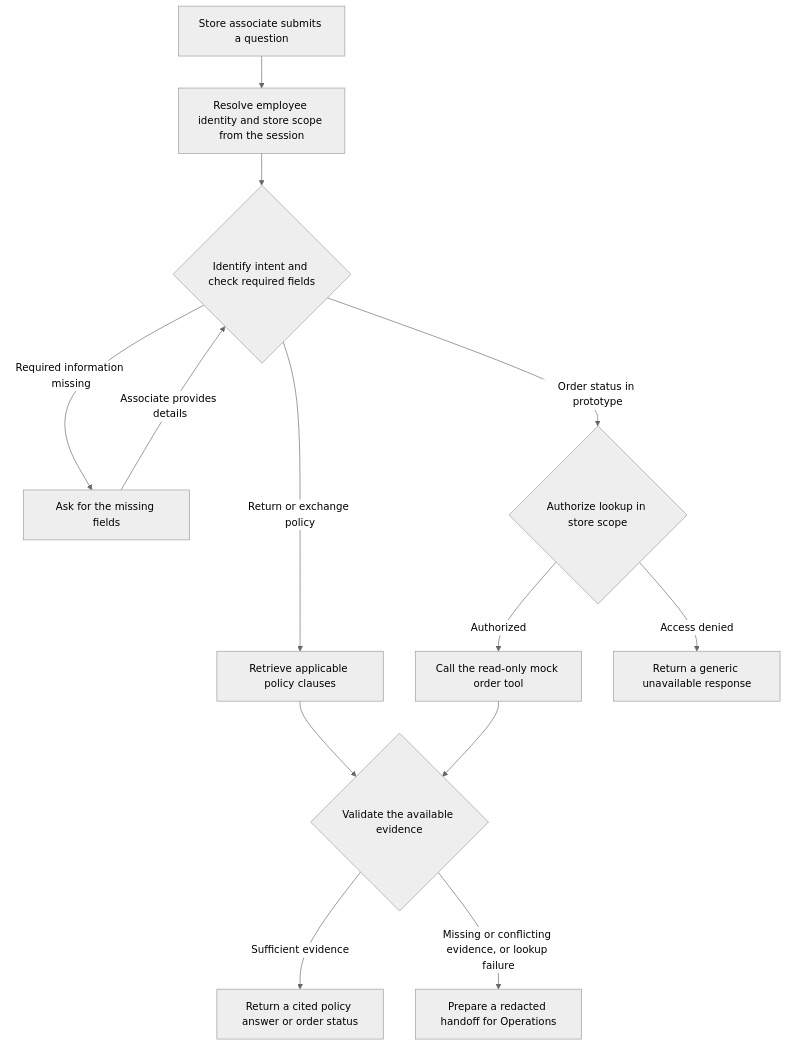
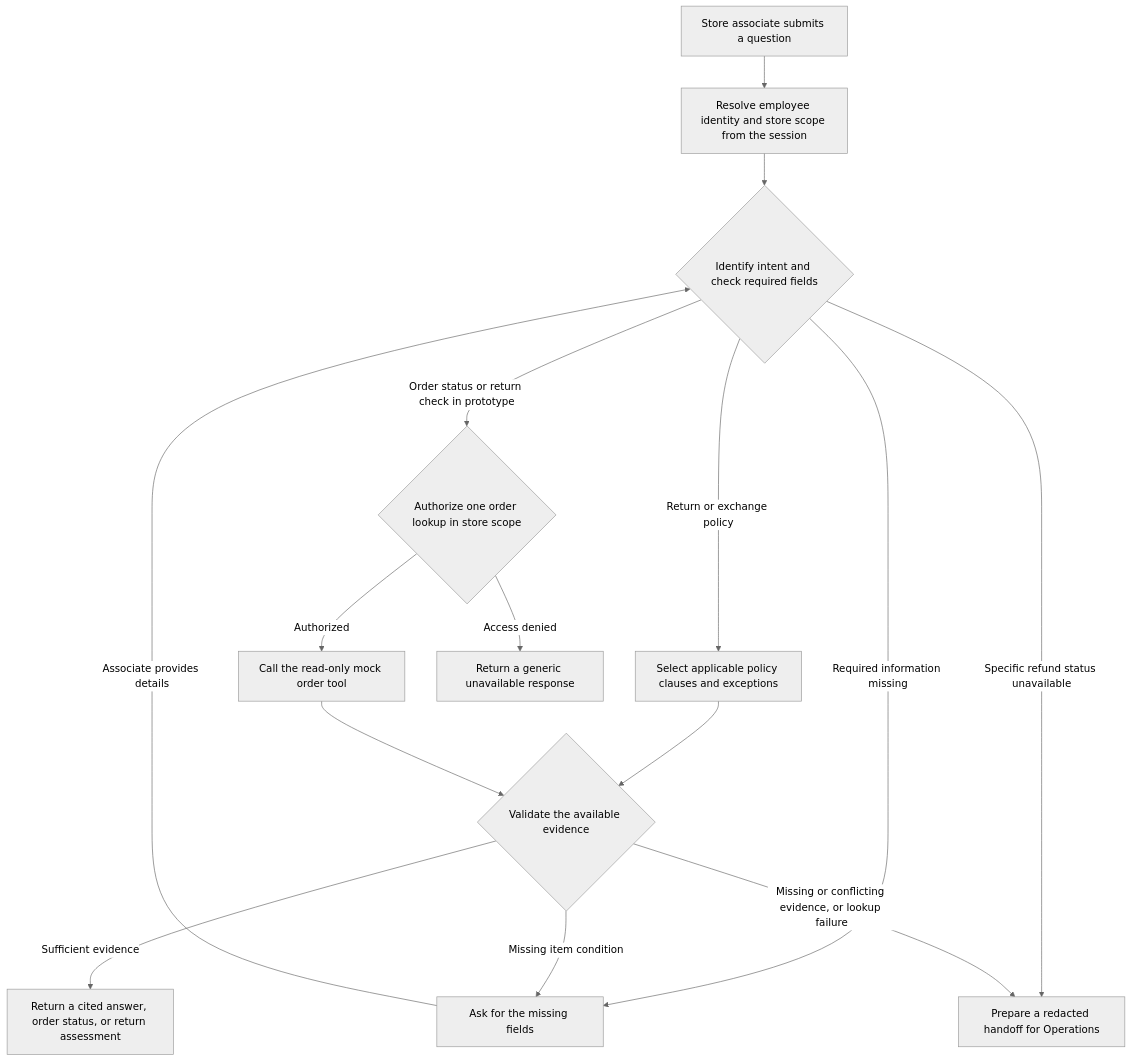
One commit to xuxihui92/artefact-novamart-case-study changed the diagram in README.md. Above: the diagram before and after it, drawn with Mermaid (neutral theme). The commit also changed other lines of this file and 8 other files, not shown here.

````diff
--- a/README.md
+++ b/README.md
@@ -25,15 +31,17 @@
 ```mermaid
 flowchart TD
     A["Store associate submits a question"] --> B["Resolve employee identity and store scope from the session"]
     B --> C{"Identify intent and check required fields"}
     C -->|Required information missing| D["Ask for the missing fields"]
     D -->|Associate provides details| C
-    C -->|Return or exchange policy| E["Retrieve applicable policy clauses"]
-    C -->|Order status in prototype| F{"Authorize lookup in store scope"}
+    C -->|Return or exchange policy| E["Select applicable policy clauses and exceptions"]
+    C -->|Order status or return check in prototype| F{"Authorize one order lookup in store scope"}
+    C -->|Specific refund status unavailable| J
     F -->|Authorized| G["Call the read-only mock order tool"]
     F -->|Access denied| K["Return a generic unavailable response"]
     E --> H{"Validate the available evidence"}
     G --> H
-    H -->|Sufficient evidence| I["Return a cited policy answer or order status"]
+    H -->|Sufficient evidence| I["Return a cited answer, order status, or return assessment"]
+    H -->|Missing item condition| D
     H -->|Missing or conflicting evidence, or lookup failure| J["Prepare a redacted handoff for Operations"]
 ```
````
